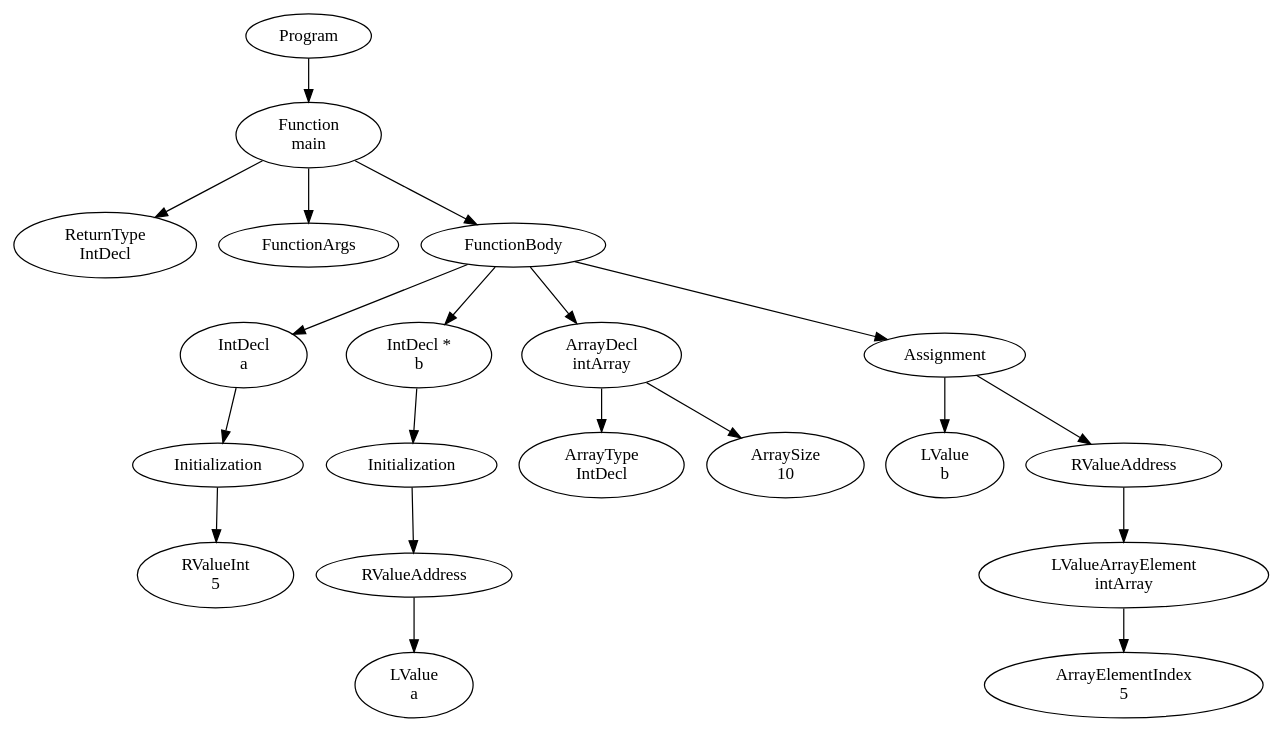
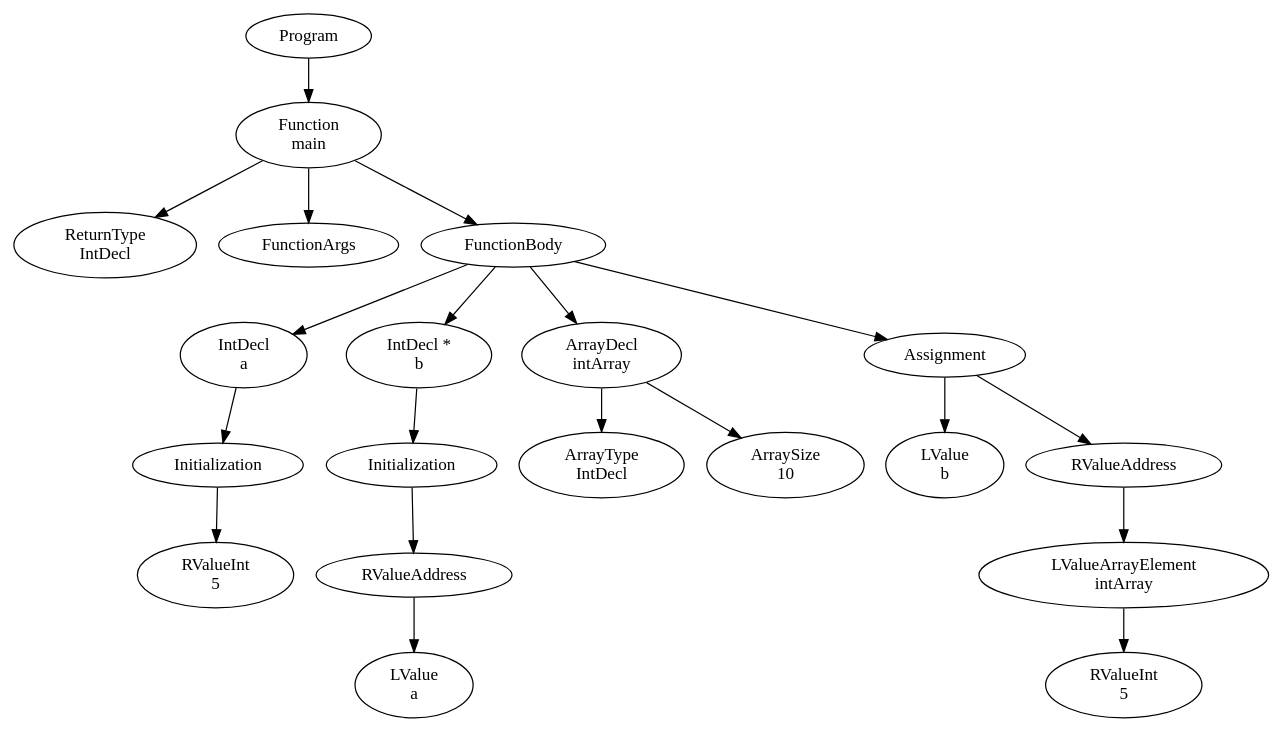
Before and after one commit to FedericoQuin/Compilers: the diagram in official/res/solutions/address_assignment.dot, drawn with Graphviz. The commit also changed 11 other files, not shown here.

Commit message:
Expressions for array indexing + type checking on index

```diff
--- a/official/res/solutions/address_assignment.dot
+++ b/official/res/solutions/address_assignment.dot
@@ -1,41 +1,41 @@
 digraph AST {
 1 [label="Program"];
 2 [label="Function \nmain"];
 3 [label="ReturnType \nIntDecl"];
 4 [label="FunctionArgs"];
 5 [label="FunctionBody"];
 6 [label="IntDecl \na"];
 7 [label="Initialization"];
 8 [label="RValueInt \n5"];
 7 -> 8;
 6 -> 7;
 9 [label="IntDecl * \nb"];
 10 [label="Initialization"];
 11 [label="RValueAddress"];
 12 [label="LValue \na"];
 11 -> 12;
 10 -> 11;
 9 -> 10;
 13 [label="ArrayDecl \nintArray"];
 14 [label="ArrayType \nIntDecl"];
 15 [label="ArraySize \n10"];
 13 -> 14;
 13 -> 15;
 16 [label="Assignment"];
 17 [label="LValue \nb"];
 18 [label="RValueAddress"];
 19 [label="LValueArrayElement \nintArray"];
-20 [label="ArrayElementIndex \n5"];
+20 [label="RValueInt \n5"];
 19 -> 20;
 18 -> 19;
 16 -> 17;
 16 -> 18;
 5 -> 6;
 5 -> 9;
 5 -> 13;
 5 -> 16;
 2 -> 3;
 2 -> 4;
 2 -> 5;
 1 -> 2;
 }
```
